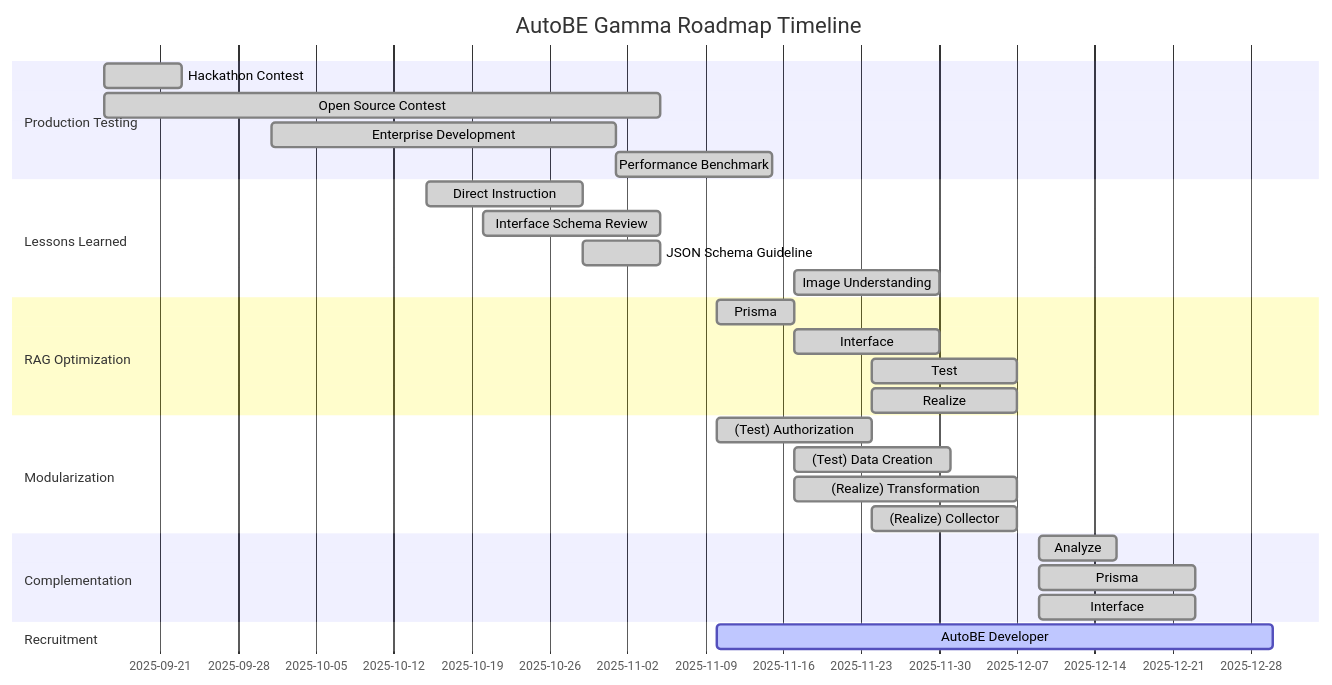
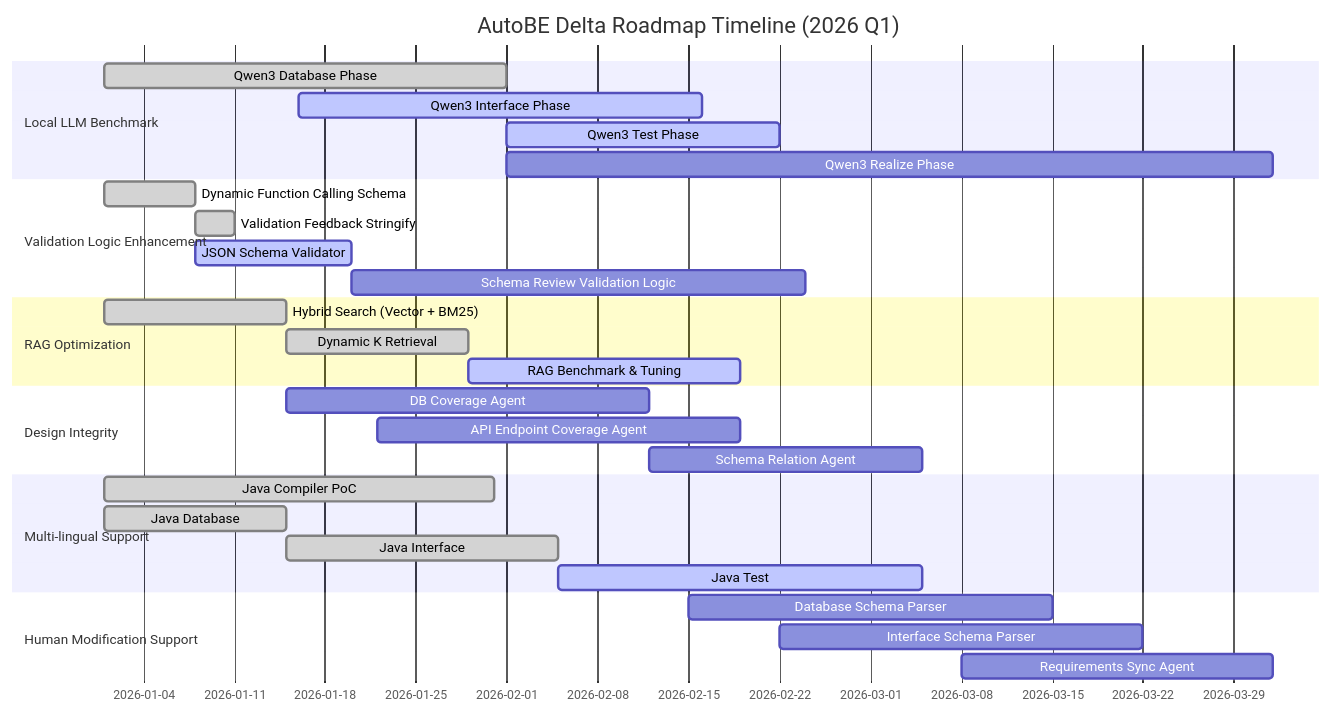
One commit to RavenView-ai/autobe changed the second of 2 diagrams in README.md. Above: the diagram before and after it, drawn with Mermaid. The commit also changed other lines of this file and 3 other files, not shown here.

Commit message:
feat(website): revise delta roadmap (#955)

````diff
--- a/README.md
+++ b/README.md
@@ -175,37 +176,38 @@
 ```mermaid
 gantt
   dateFormat YYYY-MM-DD
-  title AutoBE Gamma Roadmap Timeline
+  title AutoBE Delta Roadmap Timeline (2026 Q1)
 
-  section Production Testing
-  Hackathon Contest     : done, 2025-09-16,  7d
-  Open Source Contest   : done, 2025-09-16, 50d
-  Enterprise Development: done, 2025-10-01, 31d
-  Performance Benchmark : done, 2025-11-01, 14d
-  
-  section Lessons Learned
-  Direct Instruction     : done, 2025-10-15, 14d
-  Interface Schema Review: done, 2025-10-20, 16d
-  JSON Schema Guideline  : done, 2025-10-29,  7d
-  Image Understanding    : done, 2025-11-17, 13d
+  section Local LLM Benchmark
+  Qwen3 Database Phase             : done,    2026-01-01, 31d
+  Qwen3 Interface Phase            : active,  2026-01-16, 31d
+  Qwen3 Test Phase                 : active,  2026-02-01, 21d
+  Qwen3 Realize Phase              : planned, 2026-02-01, 59d
+
+  section Validation Logic Enhancement
+  Dynamic Function Calling Schema  : done,    2026-01-01, 7d
+  Validation Feedback Stringify    : done,    2026-01-08, 3d
+  JSON Schema Validator            : active,  2026-01-08, 12d
+  Schema Review Validation Logic   : planned, 2026-01-20, 35d
 
   section RAG Optimization
-  Prisma   : done, 2025-11-10,  7d
-  Interface: done, 2025-11-17, 13d
-  Test     : done, 2025-11-24, 13d
-  Realize  : done, 2025-11-24, 13d
+  Hybrid Search (Vector + BM25)    : done,    2026-01-01, 14d
+  Dynamic K Retrieval              : done,    2026-01-15, 14d
+  RAG Benchmark & Tuning           : active,  2026-01-29, 21d
 
-  section Modularization
-  (Test) Authorization    : done, 2025-11-10, 14d
-  (Test) Data Creation    : done, 2025-11-17, 14d
-  (Realize) Transformation: done, 2025-11-17, 20d
-  (Realize) Collector     : done, 2025-11-24, 13d
+  section Design Integrity
+  DB Coverage Agent                : planned, 2026-01-15, 28d
+  API Endpoint Coverage Agent      : planned, 2026-01-22, 28d
+  Schema Relation Agent            : planned, 2026-02-12, 21d
 
-  section Complementation
-  Analyze  : done, 2025-12-09,  7d
-  Prisma   : done, 2025-12-09, 14d
-  Interface: done, 2025-12-09, 14d
+  section Multi-lingual Support
+  Java Compiler PoC                : done,    2026-01-01, 30d
+  Java Database                    : done,    2026-01-01, 14d
+  Java Interface                   : done,    2026-01-15, 21d
+  Java Test                        : active,  2026-02-05, 28d
 
-  section Recruitment
-  AutoBE Developer: active, 2025-11-10, 50d
+  section Human Modification Support
+  Database Schema Parser           : planned, 2026-02-15, 28d
+  Interface Schema Parser          : planned, 2026-02-22, 28d
+  Requirements Sync Agent          : planned, 2026-03-08, 24d
 ```
````
